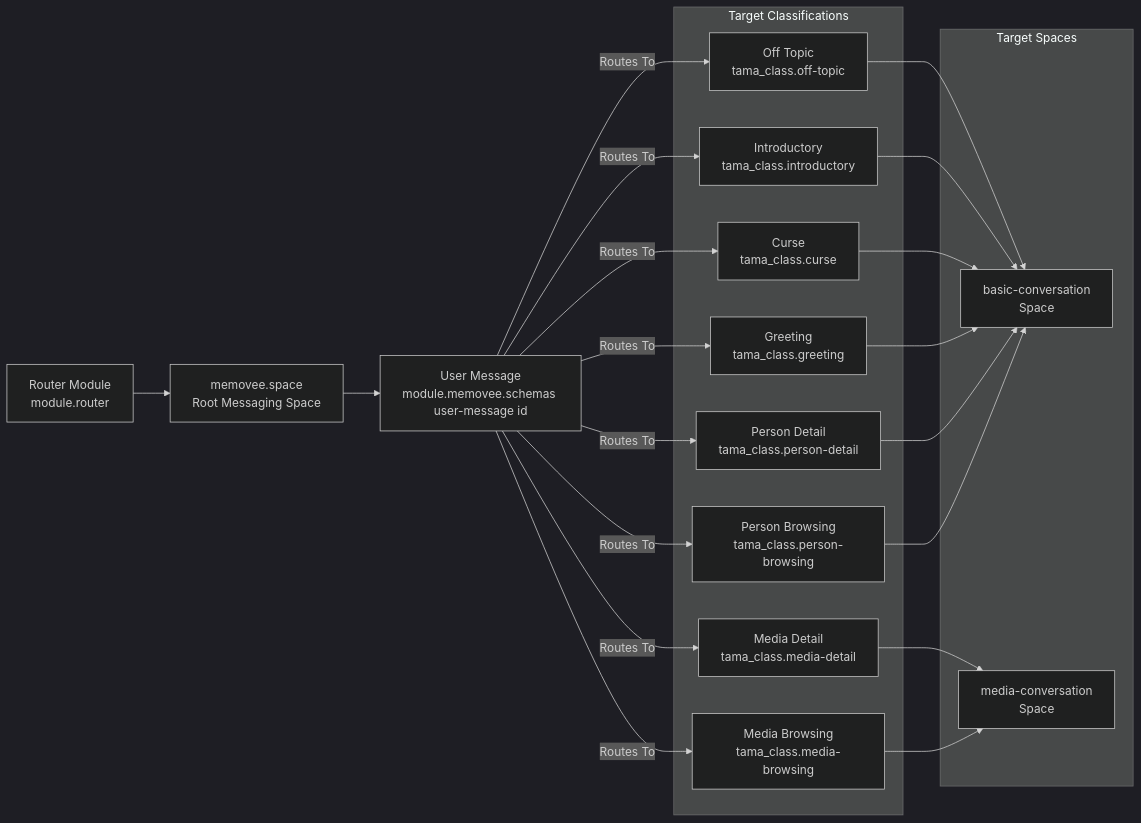
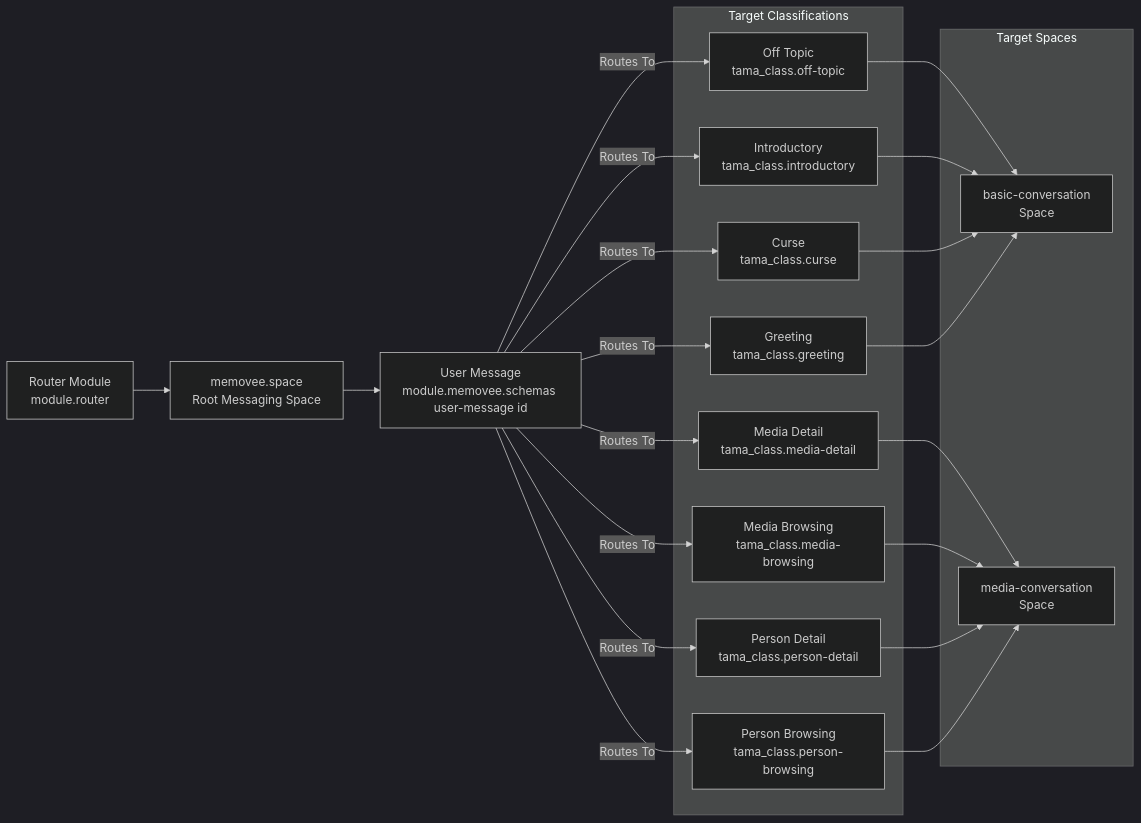
Before and after one commit to upmaru/memovee-tama: the diagram in docs/router.md, drawn with Mermaid (dark theme). The commit also changed other lines of this file, not shown here.

````diff
--- a/docs/router.md
+++ b/docs/router.md
@@ -9,39 +9,39 @@
 ```mermaid
 flowchart LR
     A[Router Module<br/>module.router] --> B[memovee.space<br/>Root Messaging Space]
     B --> C[User Message<br/>module.memovee.schemas user-message id]
 
     subgraph Classifications["Target Classifications"]
         D[Off Topic<br/>tama_class.off-topic]
         F[Introductory<br/>tama_class.introductory]
         H[Curse<br/>tama_class.curse]
         J[Greeting<br/>tama_class.greeting]
         L[Media Detail<br/>tama_class.media-detail]
         N[Media Browsing<br/>tama_class.media-browsing]
         P[Person Detail<br/>tama_class.person-detail]
         R[Person Browsing<br/>tama_class.person-browsing]
     end
 
     subgraph Spaces["Target Spaces"]
         E[basic-conversation<br/>Space]
         M[media-conversation<br/>Space]
     end
 
     C -->|Routes To| D
     C -->|Routes To| F
     C -->|Routes To| H
     C -->|Routes To| J
     C -->|Routes To| L
     C -->|Routes To| N
     C -->|Routes To| P
     C -->|Routes To| R
 
     D --> E
     F --> E
     H --> E
     J --> E
     L --> M
     N --> M
-    P --> E
-    R --> E
+    P --> M
+    R --> M
 ```
````
